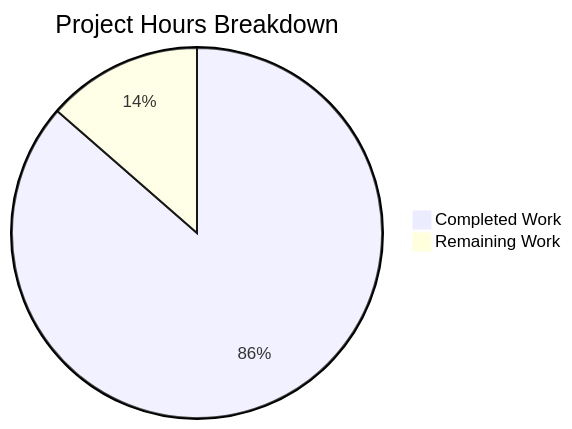
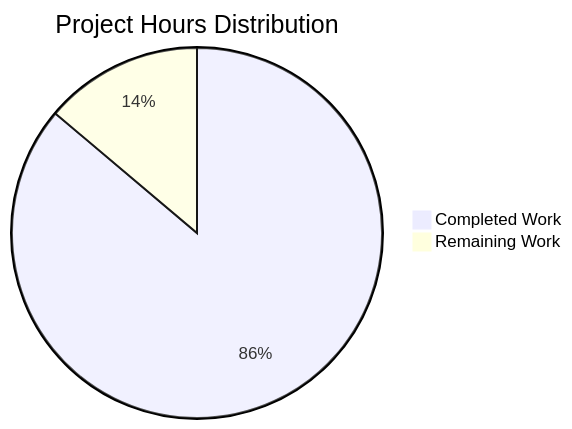
The first of 2 diagrams in blitzy/documentation/Project Guide.md (blitzy-public-samples/blitzy-WebVella-ERP), drawn with Mermaid before and after one commit. The commit also changed other lines of this file, not shown here.

Commit message:
Adding Blitzy Project Guide: Project Status and Human Tasks Remaining

````diff
--- a/blitzy/documentation/Project Guide.md
+++ b/blitzy/documentation/Project Guide.md
@@ -30,5 +32,5 @@
 ```mermaid
-pie title Project Hours Breakdown
-    "Completed Work" : 350
-    "Remaining Work" : 55
+pie title Project Hours Distribution
+    "Completed Work" : 280
+    "Remaining Work" : 45
 ```
````
